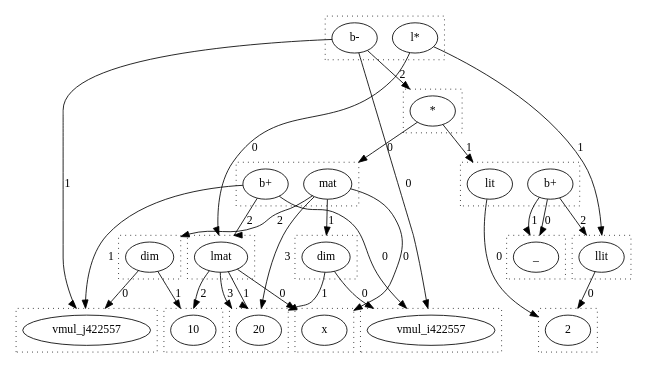
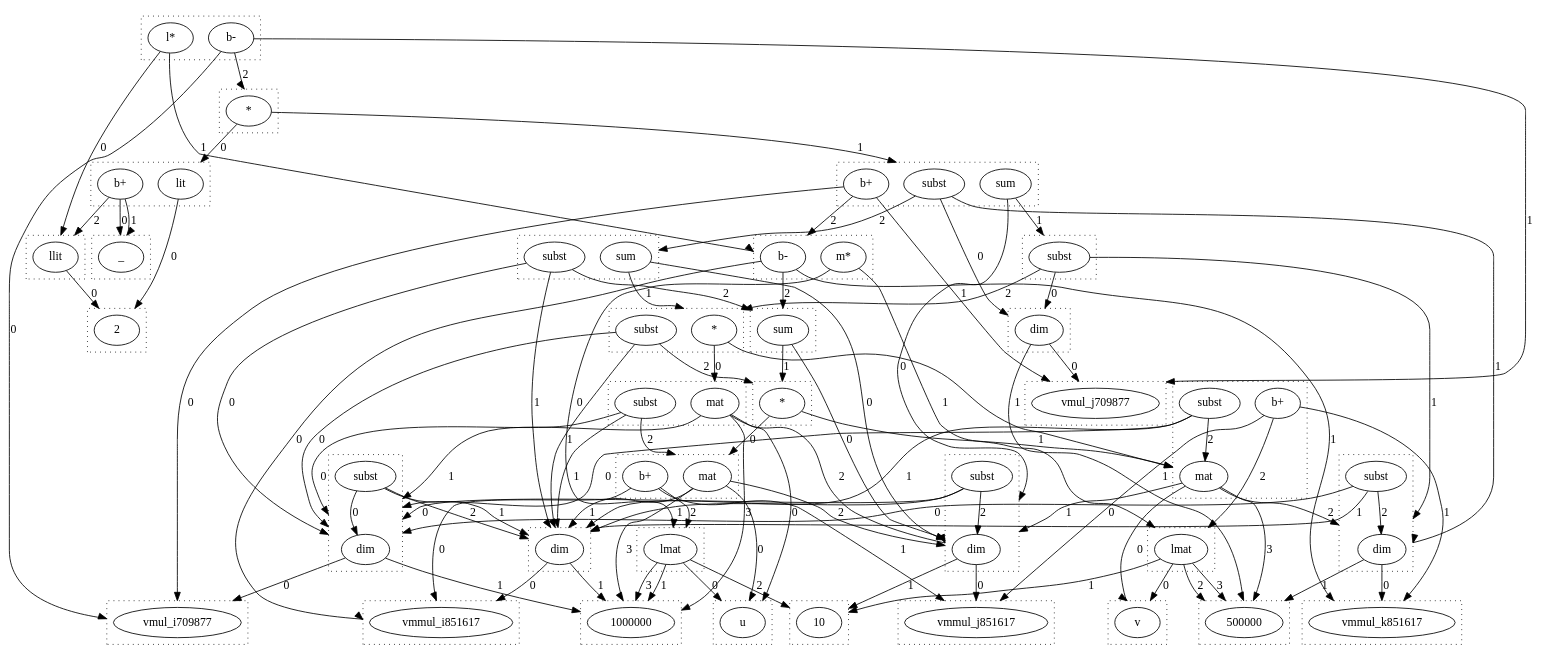
Before and after one commit to wormhole-optimization/warp: the diagram in dots/lmul.dot, drawn with Graphviz. The commit also changed 12 other files, not shown here.

```diff
--- a/dots/lmul.dot
+++ b/dots/lmul.dot
@@ -2,92 +2,241 @@
   compound=true
   subgraph cluster_0 {
     style=dotted
-    0.0[label = "x"]
+    0.0[label = "2"]
   }
   subgraph cluster_1 {
     style=dotted
-    1.0[label = "20"]
+    1.0[label = "llit"]
   }
   subgraph cluster_2 {
     style=dotted
-    2.0[label = "10"]
+    2.0[label = "u"]
   }
   subgraph cluster_3 {
     style=dotted
-    3.0[label = "lmat"]
+    3.0[label = "1000000"]
   }
   subgraph cluster_4 {
     style=dotted
-    4.0[label = "2"]
+    4.0[label = "10"]
   }
   subgraph cluster_5 {
     style=dotted
-    5.0[label = "llit"]
+    5.0[label = "lmat"]
   }
   subgraph cluster_6 {
     style=dotted
-    6.0[label = "b-"]
-    6.1[label = "l*"]
+    6.0[label = "v"]
   }
   subgraph cluster_7 {
     style=dotted
-    7.0[label = "vmul_i422557"]
+    7.0[label = "500000"]
   }
   subgraph cluster_8 {
     style=dotted
-    8.0[label = "vmul_j422557"]
+    8.0[label = "lmat"]
   }
   subgraph cluster_9 {
     style=dotted
-    9.0[label = "mat"]
-    9.1[label = "b+"]
+    9.0[label = "b-"]
+    9.1[label = "m*"]
   }
   subgraph cluster_10 {
     style=dotted
-    10.0[label = "_"]
+    10.0[label = "b-"]
+    10.1[label = "l*"]
   }
   subgraph cluster_11 {
     style=dotted
-    11.0[label = "lit"]
-    11.1[label = "b+"]
+    11.0[label = "vmul_i709877"]
   }
   subgraph cluster_12 {
     style=dotted
-    12.0[label = "*"]
+    12.0[label = "vmul_j709877"]
+  }
+  subgraph cluster_13 {
+    style=dotted
+    13.0[label = "_"]
   }
   subgraph cluster_14 {
     style=dotted
-    14.0[label = "dim"]
+    14.0[label = "lit"]
+    14.1[label = "b+"]
   }
   subgraph cluster_15 {
     style=dotted
-    15.0[label = "dim"]
+    15.0[label = "subst"]
+    15.1[label = "b+"]
+    15.2[label = "sum"]
   }
-  3.0 -> 0.0 [lhead = cluster_0, label = 0]
-  3.0 -> 1.0 [lhead = cluster_1, label = 1]
-  3.0 -> 2.0 [lhead = cluster_2, label = 2]
-  3.0 -> 1.0 [lhead = cluster_1, label = 3]
-  5.0 -> 4.0 [lhead = cluster_4, label = 0]
-  6.0 -> 7.0 [lhead = cluster_7, label = 0]
-  6.0 -> 8.0 [lhead = cluster_8, label = 1]
-  6.0 -> 12.0 [lhead = cluster_12, label = 2]
-  6.1 -> 3.0 [lhead = cluster_3, label = 0]
-  6.1 -> 5.0 [lhead = cluster_5, label = 1]
-  9.0 -> 0.0 [lhead = cluster_0, label = 0]
-  9.0 -> 14.0 [lhead = cluster_14, label = 1]
-  9.0 -> 15.0 [lhead = cluster_15, label = 2]
-  9.0 -> 1.0 [lhead = cluster_1, label = 3]
-  9.1 -> 7.0 [lhead = cluster_7, label = 0]
+  subgraph cluster_16 {
+    style=dotted
+    16.0[label = "*"]
+  }
+  subgraph cluster_18 {
+    style=dotted
+    18.0[label = "vmmul_i851617"]
+  }
+  subgraph cluster_19 {
+    style=dotted
+    19.0[label = "vmmul_k851617"]
+  }
+  subgraph cluster_20 {
+    style=dotted
+    20.0[label = "vmmul_j851617"]
+  }
+  subgraph cluster_22 {
+    style=dotted
+    22.0[label = "mat"]
+    22.1[label = "b+"]
+  }
+  subgraph cluster_24 {
+    style=dotted
+    24.0[label = "*"]
+  }
+  subgraph cluster_25 {
+    style=dotted
+    25.0[label = "sum"]
+  }
+  subgraph cluster_27 {
+    style=dotted
+    27.0[label = "dim"]
+  }
+  subgraph cluster_30 {
+    style=dotted
+    30.0[label = "dim"]
+  }
+  subgraph cluster_31 {
+    style=dotted
+    31.0[label = "sum"]
+    31.1[label = "subst"]
+  }
+  subgraph cluster_33 {
+    style=dotted
+    33.0[label = "*"]
+    33.1[label = "subst"]
+  }
+  subgraph cluster_38 {
+    style=dotted
+    38.0[label = "mat"]
+    38.1[label = "subst"]
+  }
+  subgraph cluster_39 {
+    style=dotted
+    39.0[label = "mat"]
+    39.1[label = "b+"]
+    39.2[label = "subst"]
+  }
+  subgraph cluster_41 {
+    style=dotted
+    41.0[label = "dim"]
+    41.1[label = "subst"]
+  }
+  subgraph cluster_42 {
+    style=dotted
+    42.0[label = "dim"]
+    42.1[label = "subst"]
+  }
+  subgraph cluster_44 {
+    style=dotted
+    44.0[label = "dim"]
+    44.1[label = "subst"]
+  }
+  subgraph cluster_46 {
+    style=dotted
+    46.0[label = "subst"]
+  }
+  1.0 -> 0.0 [lhead = cluster_0, label = 0]
+  5.0 -> 2.0 [lhead = cluster_2, label = 0]
+  5.0 -> 3.0 [lhead = cluster_3, label = 1]
+  5.0 -> 4.0 [lhead = cluster_4, label = 2]
+  5.0 -> 3.0 [lhead = cluster_3, label = 3]
+  8.0 -> 6.0 [lhead = cluster_6, label = 0]
+  8.0 -> 4.0 [lhead = cluster_4, label = 1]
+  8.0 -> 7.0 [lhead = cluster_7, label = 2]
+  8.0 -> 7.0 [lhead = cluster_7, label = 3]
+  9.0 -> 18.0 [lhead = cluster_18, label = 0]
+  9.0 -> 19.0 [lhead = cluster_19, label = 1]
+  9.0 -> 25.0 [lhead = cluster_25, label = 2]
+  9.1 -> 5.0 [lhead = cluster_5, label = 0]
   9.1 -> 8.0 [lhead = cluster_8, label = 1]
-  9.1 -> 3.0 [lhead = cluster_3, label = 2]
-  11.0 -> 4.0 [lhead = cluster_4, label = 0]
-  11.1 -> 10.0 [lhead = cluster_10, label = 0]
-  11.1 -> 10.0 [lhead = cluster_10, label = 1]
-  11.1 -> 5.0 [lhead = cluster_5, label = 2]
-  12.0 -> 9.0 [lhead = cluster_9, label = 0]
-  12.0 -> 11.0 [lhead = cluster_11, label = 1]
-  14.0 -> 7.0 [lhead = cluster_7, label = 0]
-  14.0 -> 1.0 [lhead = cluster_1, label = 1]
-  15.0 -> 8.0 [lhead = cluster_8, label = 0]
-  15.0 -> 2.0 [lhead = cluster_2, label = 1]
+  10.0 -> 11.0 [lhead = cluster_11, label = 0]
+  10.0 -> 12.0 [lhead = cluster_12, label = 1]
+  10.0 -> 16.0 [lhead = cluster_16, label = 2]
+  10.1 -> 1.0 [lhead = cluster_1, label = 0]
+  10.1 -> 9.0 [lhead = cluster_9, label = 1]
+  14.0 -> 0.0 [lhead = cluster_0, label = 0]
+  14.1 -> 13.0 [lhead = cluster_13, label = 0]
+  14.1 -> 13.0 [lhead = cluster_13, label = 1]
+  14.1 -> 1.0 [lhead = cluster_1, label = 2]
+  15.0 -> 27.0 [lhead = cluster_27, label = 0]
+  15.0 -> 44.0 [lhead = cluster_44, label = 1]
+  15.0 -> 31.0 [lhead = cluster_31, label = 2]
+  15.1 -> 11.0 [lhead = cluster_11, label = 0]
+  15.1 -> 12.0 [lhead = cluster_12, label = 1]
+  15.1 -> 9.0 [lhead = cluster_9, label = 2]
+  15.2 -> 42.0 [lhead = cluster_42, label = 0]
+  15.2 -> 46.0 [lhead = cluster_46, label = 1]
+  16.0 -> 14.0 [lhead = cluster_14, label = 0]
+  16.0 -> 15.0 [lhead = cluster_15, label = 1]
+  22.0 -> 2.0 [lhead = cluster_2, label = 0]
+  22.0 -> 30.0 [lhead = cluster_30, label = 1]
+  22.0 -> 42.0 [lhead = cluster_42, label = 2]
+  22.0 -> 3.0 [lhead = cluster_3, label = 3]
+  22.1 -> 18.0 [lhead = cluster_18, label = 0]
+  22.1 -> 20.0 [lhead = cluster_20, label = 1]
+  22.1 -> 5.0 [lhead = cluster_5, label = 2]
+  24.0 -> 22.0 [lhead = cluster_22, label = 0]
+  24.0 -> 39.0 [lhead = cluster_39, label = 1]
+  25.0 -> 42.0 [lhead = cluster_42, label = 0]
+  25.0 -> 24.0 [lhead = cluster_24, label = 1]
+  27.0 -> 12.0 [lhead = cluster_12, label = 0]
+  27.0 -> 7.0 [lhead = cluster_7, label = 1]
+  30.0 -> 18.0 [lhead = cluster_18, label = 0]
+  30.0 -> 3.0 [lhead = cluster_3, label = 1]
+  31.0 -> 42.0 [lhead = cluster_42, label = 0]
+  31.0 -> 33.0 [lhead = cluster_33, label = 1]
+  31.1 -> 41.0 [lhead = cluster_41, label = 0]
+  31.1 -> 30.0 [lhead = cluster_30, label = 1]
+  31.1 -> 25.0 [lhead = cluster_25, label = 2]
+  33.0 -> 38.0 [lhead = cluster_38, label = 0]
+  33.0 -> 39.0 [lhead = cluster_39, label = 1]
+  33.1 -> 41.0 [lhead = cluster_41, label = 0]
+  33.1 -> 30.0 [lhead = cluster_30, label = 1]
+  33.1 -> 24.0 [lhead = cluster_24, label = 2]
+  38.0 -> 2.0 [lhead = cluster_2, label = 0]
+  38.0 -> 41.0 [lhead = cluster_41, label = 1]
+  38.0 -> 42.0 [lhead = cluster_42, label = 2]
+  38.0 -> 3.0 [lhead = cluster_3, label = 3]
+  38.1 -> 41.0 [lhead = cluster_41, label = 0]
+  38.1 -> 30.0 [lhead = cluster_30, label = 1]
+  38.1 -> 22.0 [lhead = cluster_22, label = 2]
+  39.0 -> 6.0 [lhead = cluster_6, label = 0]
+  39.0 -> 42.0 [lhead = cluster_42, label = 1]
+  39.0 -> 44.0 [lhead = cluster_44, label = 2]
+  39.0 -> 7.0 [lhead = cluster_7, label = 3]
+  39.1 -> 20.0 [lhead = cluster_20, label = 0]
+  39.1 -> 19.0 [lhead = cluster_19, label = 1]
+  39.1 -> 8.0 [lhead = cluster_8, label = 2]
+  39.2 -> 41.0 [lhead = cluster_41, label = 0]
+  39.2 -> 30.0 [lhead = cluster_30, label = 1]
+  39.2 -> 39.0 [lhead = cluster_39, label = 2]
+  41.0 -> 11.0 [lhead = cluster_11, label = 0]
+  41.0 -> 3.0 [lhead = cluster_3, label = 1]
+  41.1 -> 41.0 [lhead = cluster_41, label = 0]
+  41.1 -> 30.0 [lhead = cluster_30, label = 1]
+  41.1 -> 30.0 [lhead = cluster_30, label = 2]
+  42.0 -> 20.0 [lhead = cluster_20, label = 0]
+  42.0 -> 4.0 [lhead = cluster_4, label = 1]
+  42.1 -> 41.0 [lhead = cluster_41, label = 0]
+  42.1 -> 30.0 [lhead = cluster_30, label = 1]
+  42.1 -> 42.0 [lhead = cluster_42, label = 2]
+  44.0 -> 19.0 [lhead = cluster_19, label = 0]
+  44.0 -> 7.0 [lhead = cluster_7, label = 1]
+  44.1 -> 41.0 [lhead = cluster_41, label = 0]
+  44.1 -> 30.0 [lhead = cluster_30, label = 1]
+  44.1 -> 44.0 [lhead = cluster_44, label = 2]
+  46.0 -> 27.0 [lhead = cluster_27, label = 0]
+  46.0 -> 44.0 [lhead = cluster_44, label = 1]
+  46.0 -> 33.0 [lhead = cluster_33, label = 2]
 }
```
